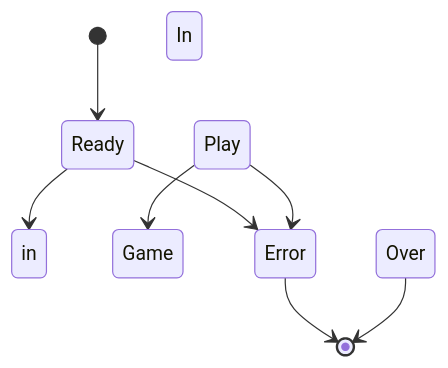
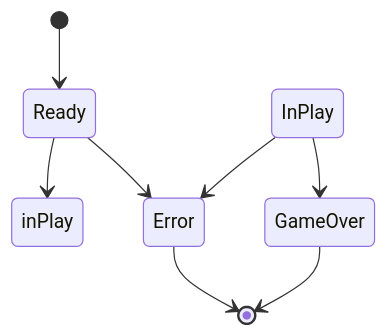
Before and after one commit to Luke3470/DesignPaternsUni: the fifth of 5 diagrams in README.md, drawn with Mermaid.

Commit message:
State Machine graph Done

````diff
--- a/README.md
+++ b/README.md
@@ -183,10 +183,10 @@
 ```mermaid
 stateDiagram-v2
     [*] --> Ready
-    Ready --> in Play
-    In Play --> Game Over
+    Ready --> inPlay
+    InPlay --> GameOver
     Ready --> Error
-    In Play --> Error
+    InPlay --> Error
     Error --> [*]
-    Game Over --> [*]
+    GameOver --> [*]
 ```
````
